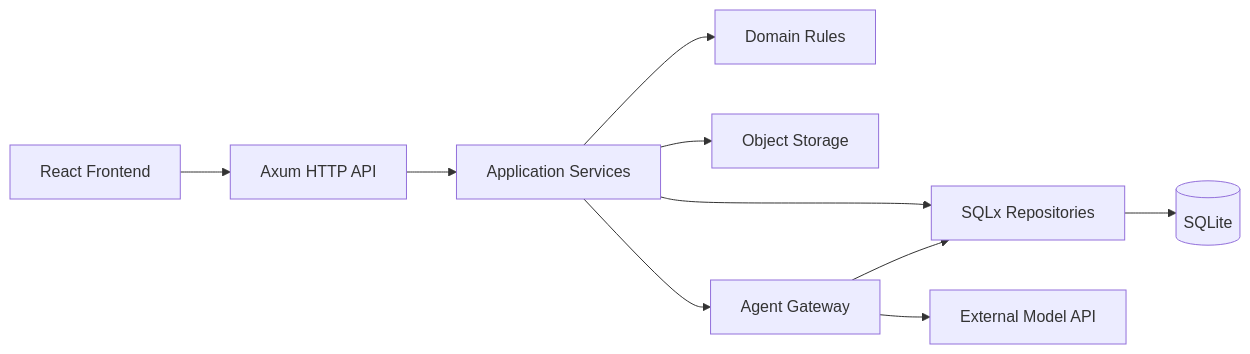
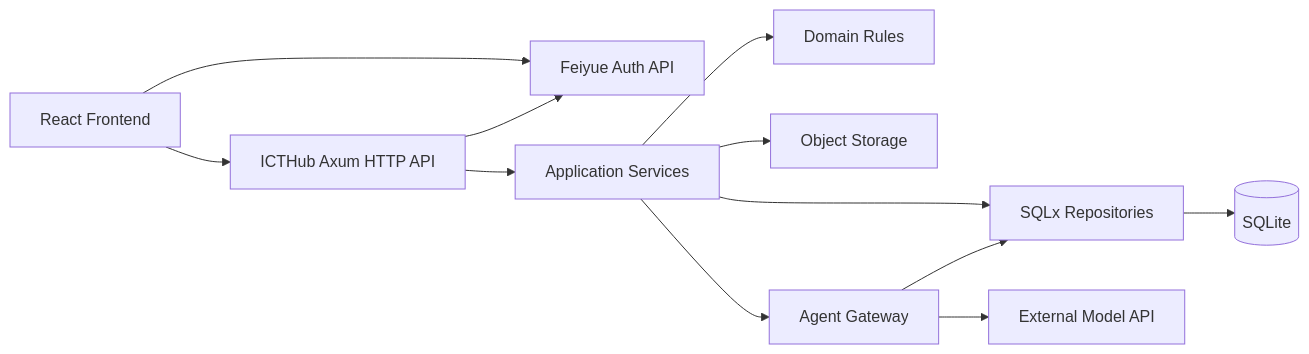
Before and after one commit to winbeau/xju-icthub: the second of 2 diagrams in docs/项目开题文档.md, drawn with Mermaid. The commit also changed other lines of this file and 4 other files, not shown here.

````diff
--- a/docs/项目开题文档.md
+++ b/docs/项目开题文档.md
@@ -350,22 +360,25 @@
 ```mermaid
 flowchart LR
   UI[React Frontend]
-  API[Axum HTTP API]
+  API[ICTHub Axum HTTP API]
+  AUTH[Feiyue Auth API]
   APP[Application Services]
   DOMAIN[Domain Rules]
   REPO[SQLx Repositories]
   DB[(SQLite)]
   FS[Object Storage]
   AGENT[Agent Gateway]
   LLM[External Model API]
 
   UI --> API
+  UI --> AUTH
+  API --> AUTH
   API --> APP
   APP --> DOMAIN
   APP --> REPO
   REPO --> DB
   APP --> FS
   APP --> AGENT
   AGENT --> LLM
   AGENT --> REPO
 ```
````
